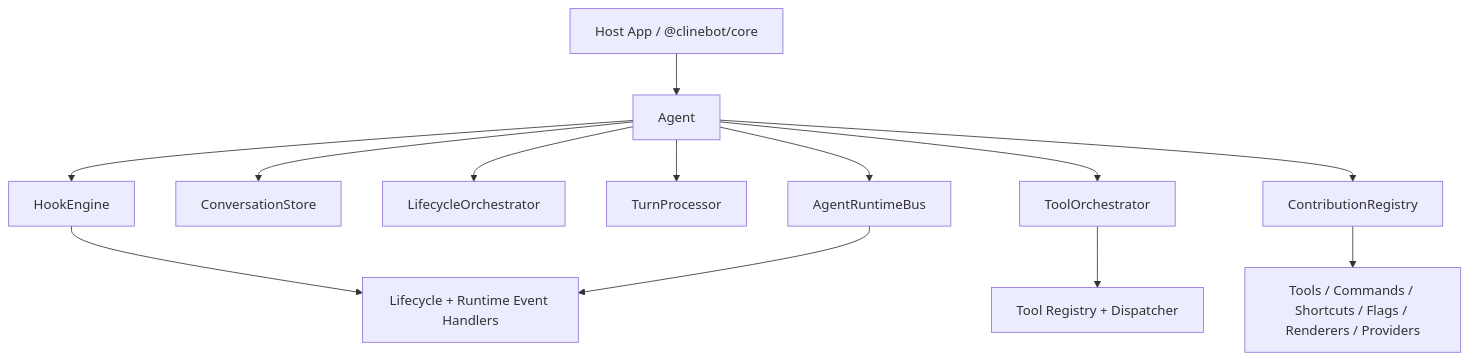
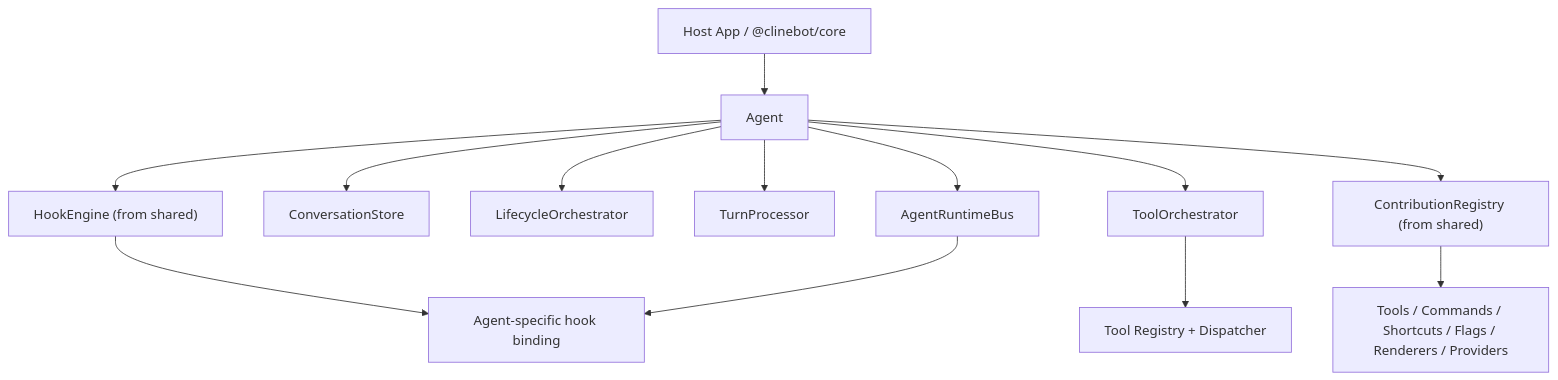
One commit to Dastan-Prince/cline-cn changed the second of 3 diagrams in sdk/ARCHITECTURE.md. Above: the diagram before and after it, drawn with Mermaid. The commit also changed other lines of this file and 240 other files, not shown here.

````diff
--- a/sdk/ARCHITECTURE.md
+++ b/sdk/ARCHITECTURE.md
@@ -113,15 +115,15 @@
 ```mermaid
 flowchart TD
   Host["Host App / @clinebot/core"] --> Agent["Agent"]
   Agent --> Bus["AgentRuntimeBus"]
   Agent --> Conversation["ConversationStore"]
   Agent --> LifecycleOrchestrator["LifecycleOrchestrator"]
   Agent --> TurnProcessor["TurnProcessor"]
   Agent --> ToolOrchestrator["ToolOrchestrator"]
-  Agent --> Registry["ContributionRegistry"]
-  Agent --> Hooks["HookEngine"]
+  Agent --> Registry["ContributionRegistry (from shared)"]
+  Agent --> Hooks["HookEngine (from shared)"]
   ToolOrchestrator --> Tools["Tool Registry + Dispatcher"]
   Registry --> Contributions["Tools / Commands / Shortcuts / Flags / Renderers / Providers"]
-  Hooks --> Lifecycle["Lifecycle + Runtime Event Handlers"]
+  Hooks --> Lifecycle["Agent-specific hook binding"]
   Bus --> Lifecycle
 ```
````
